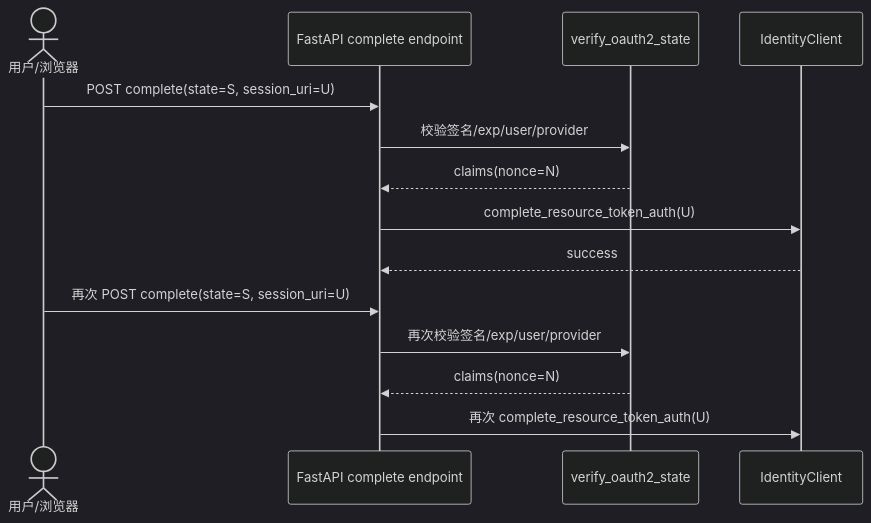
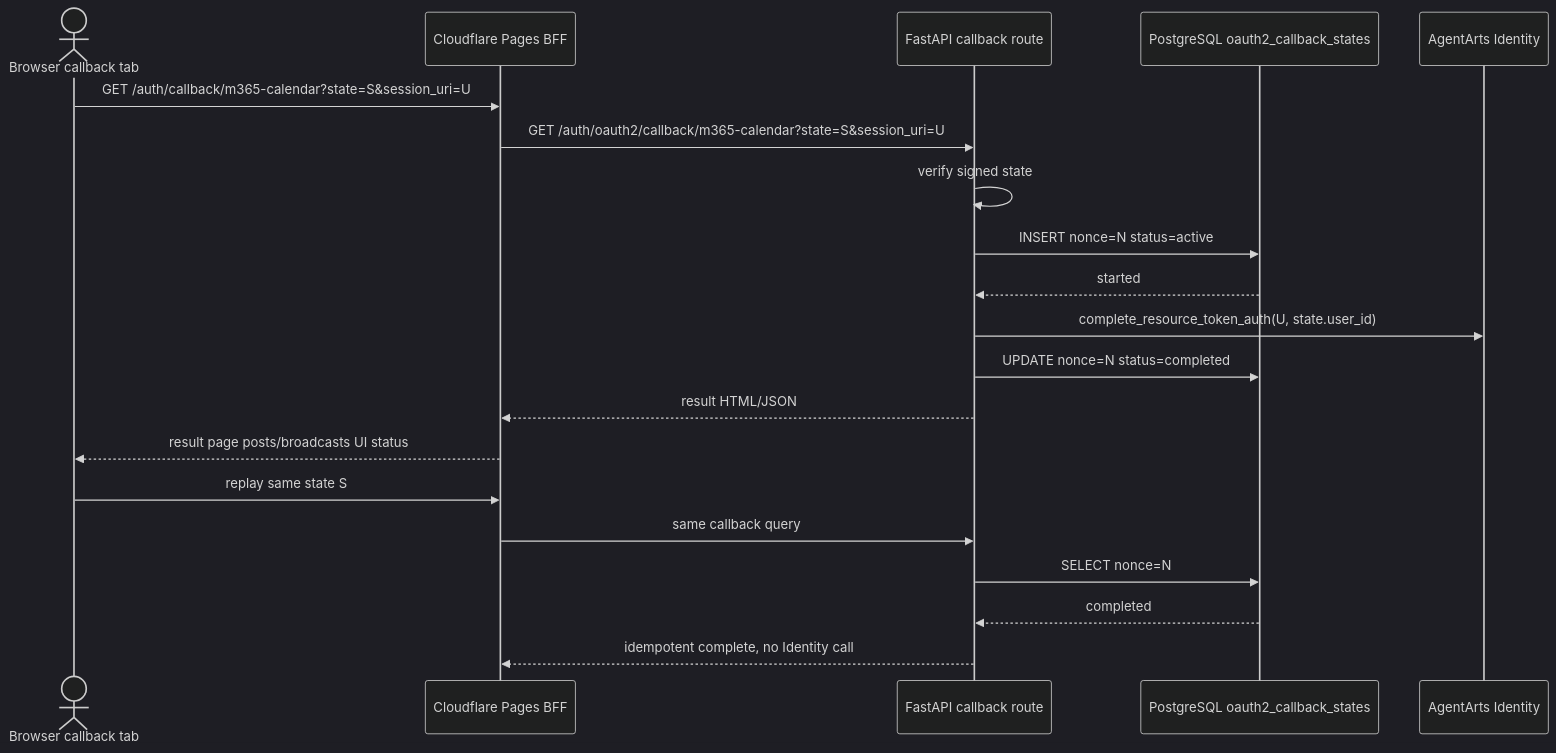
The diagram in personal-assistant-meta/issues/bugs/bug-20-oauth2-state-replay-protection-not-enforced/issue.md (T-1009/personal-assistant), drawn with Mermaid (dark theme) before and after one commit. The commit also changed other lines of this file and 20 other files, not shown here.

Commit message:
Refine calendar OAuth callback BFF flow

````diff
--- a/personal-assistant-meta/issues/bugs/bug-20-oauth2-state-replay-protection-not-enforced/issue.md
+++ b/personal-assistant-meta/issues/bugs/bug-20-oauth2-state-replay-protection-not-enforced/issue.md
@@ -34,18 +43,24 @@
 ```mermaid
 sequenceDiagram
-    actor User as 用户/浏览器
-    participant API as FastAPI complete endpoint
-    participant State as verify_oauth2_state
-    participant IdSvc as IdentityClient
+    actor Browser as Browser callback tab
+    participant BFF as Cloudflare Pages BFF
+    participant API as FastAPI callback route
+    participant Store as PostgreSQL oauth2_callback_states
+    participant IdSvc as AgentArts Identity
 
-    User->>API: POST complete(state=S, session_uri=U)
-    API->>State: 校验签名/exp/user/provider
-    State-->>API: claims(nonce=N)
-    API->>IdSvc: complete_resource_token_auth(U)
-    IdSvc-->>API: success
+    Browser->>BFF: GET /auth/callback/m365-calendar?state=S&session_uri=U
+    BFF->>API: GET /auth/oauth2/callback/m365-calendar?state=S&session_uri=U
+    API->>API: verify signed state
+    API->>Store: INSERT nonce=N status=active
+    Store-->>API: started
+    API->>IdSvc: complete_resource_token_auth(U, state.user_id)
+    API->>Store: UPDATE nonce=N status=completed
+    API-->>BFF: result HTML/JSON
+    BFF-->>Browser: result page posts/broadcasts UI status
 
-    User->>API: 再次 POST complete(state=S, session_uri=U)
-    API->>State: 再次校验签名/exp/user/provider
-    State-->>API: claims(nonce=N)
-    API->>IdSvc: 再次 complete_resource_token_auth(U)
+    Browser->>BFF: replay same state S
+    BFF->>API: same callback query
+    API->>Store: SELECT nonce=N
+    Store-->>API: completed
+    API-->>BFF: idempotent complete, no Identity call
 ```
````
